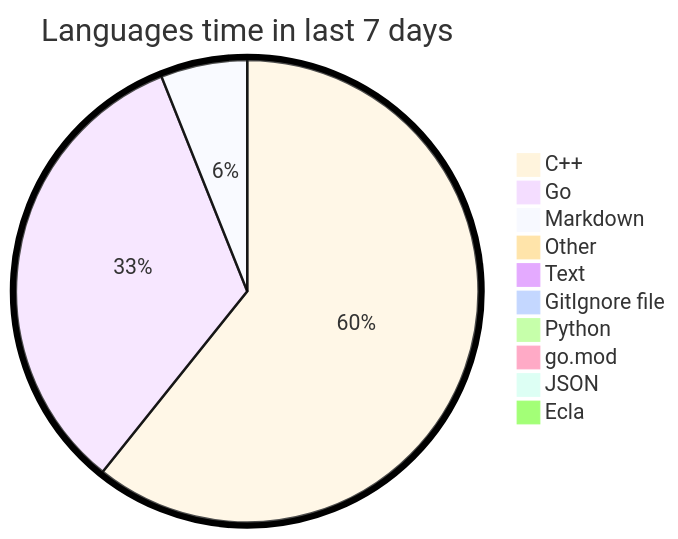
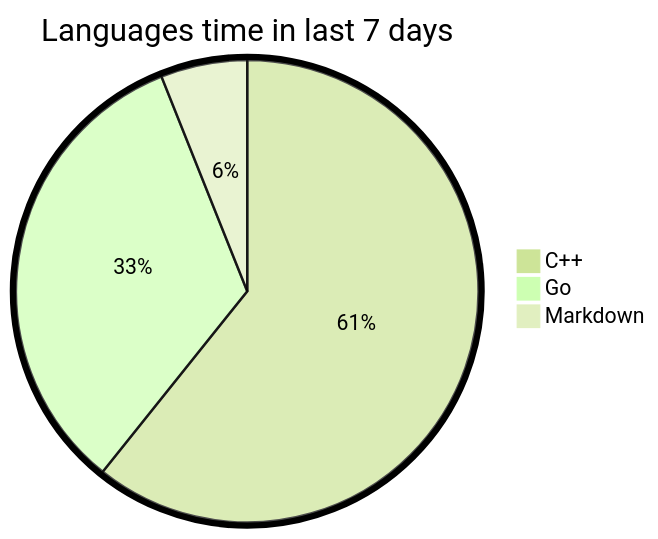
The diagram in README.md (tot0p/tot0p), drawn with Mermaid before and after one commit.

Commit message:
wakatime update

````diff
--- a/README.md
+++ b/README.md
@@ -76,14 +76,7 @@
 ```mermaid
-%%{init: {"pie": {"textPosition": 0.5}, "themeVariables": {"pieOuterStrokeWidth": "5px"},"theme":"base"} }%%
+%%{init: {"pie": {"textPosition": 0.5}, "themeVariables": {"pieOuterStrokeWidth": "5px"},"theme":"forest"} }%%
 pie title Languages time in last 7 days
 	"C++": 60.04
 	"Go": 32.82
 	"Markdown": 5.98
-	"Other": 0.51
-	"Text": 0.42
-	"GitIgnore file": 0.13
-	"Python": 0.07
-	"go.mod": 0.02
-	"JSON": 0.01
-	"Ecla": 0.0
 ```
````
